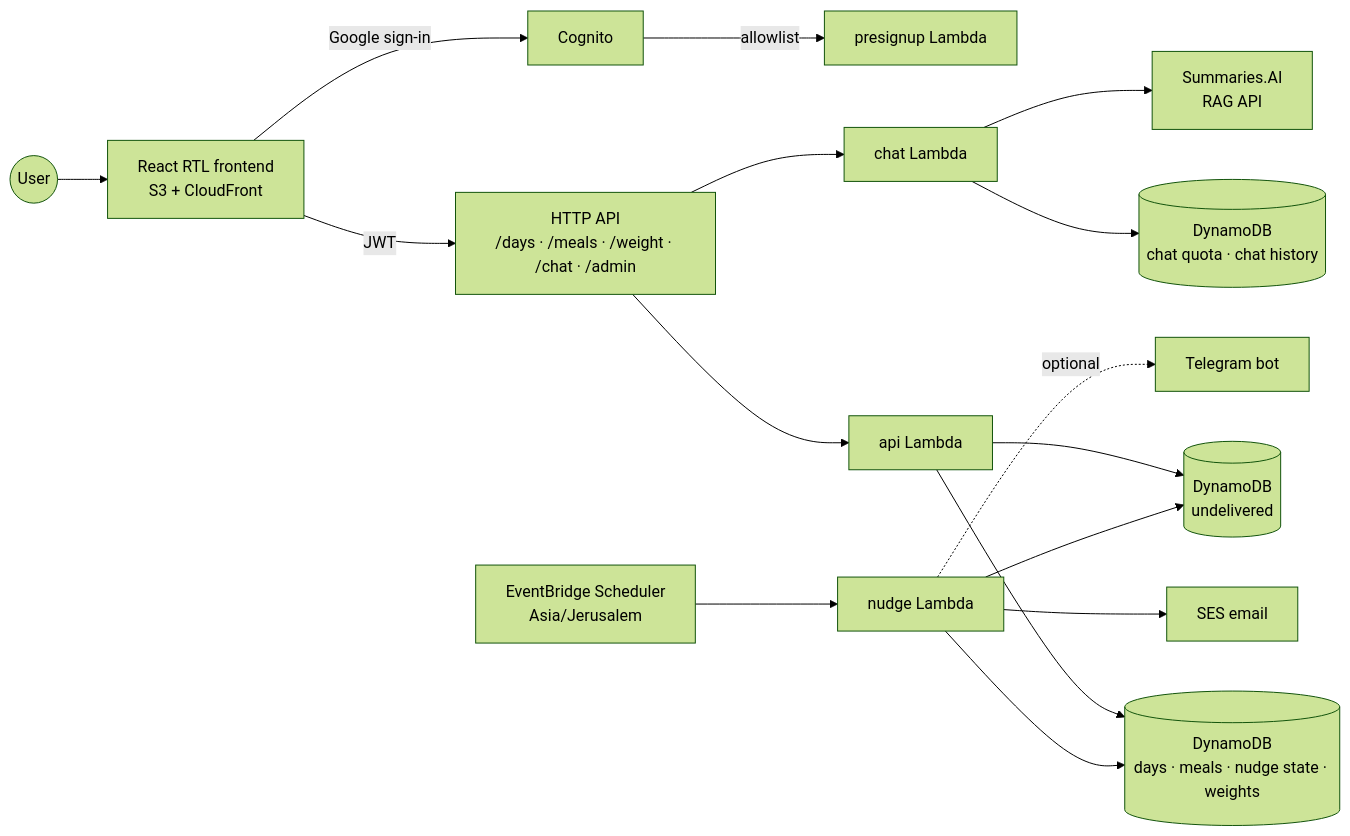
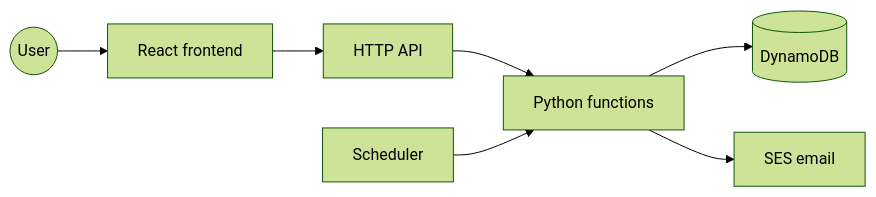
The diagram in README.md (erancha/diet-tracker), drawn with Mermaid (forest theme) before and after one commit. The commit also changed other lines of this file and 3 other files, not shown here.

First line of the commit message:
Move the README's feature and architecture detail into documents it points at

````diff
--- a/README.md
+++ b/README.md
@@ -83,18 +63,9 @@
 ```mermaid
 graph LR
-    U((User)) --> FE[React RTL frontend<br/>S3 + CloudFront]
-    FE -->|Google sign-in| COG[Cognito]
-    COG -->|allowlist| PRE[presignup Lambda]
-    FE -->|JWT| API[HTTP API<br/>/days · /meals · /weight · /chat · /admin]
-    API --> APIL[api Lambda]
-    API --> CHATL[chat Lambda]
-    APIL --> DB[(DynamoDB<br/>days · meals · nudge state · weights)]
-    APIL --> UND[(DynamoDB<br/>undelivered)]
-    CHATL --> CDB[(DynamoDB<br/>chat quota · chat history)]
-    CHATL --> RAG[Summaries.AI<br/>RAG API]
-    SCH[EventBridge Scheduler<br/>Asia/Jerusalem] --> NUDGE[nudge Lambda]
-    NUDGE --> DB
-    NUDGE --> UND
-    NUDGE --> SES[SES email]
-    NUDGE -.optional.-> TG[Telegram bot]
+    U((User)) --> FE[React frontend]
+    FE --> API[HTTP API]
+    API --> L[Python functions]
+    L --> DB[(DynamoDB)]
+    CLK[Scheduler] --> L
+    L --> SES[SES email]
 ```
````
